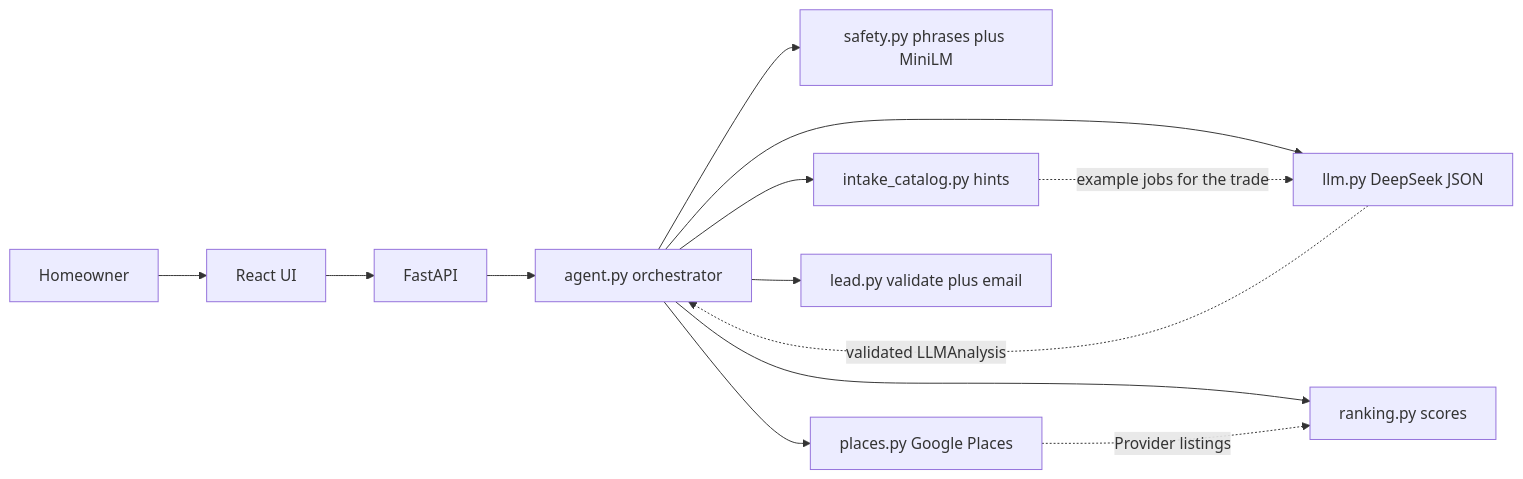
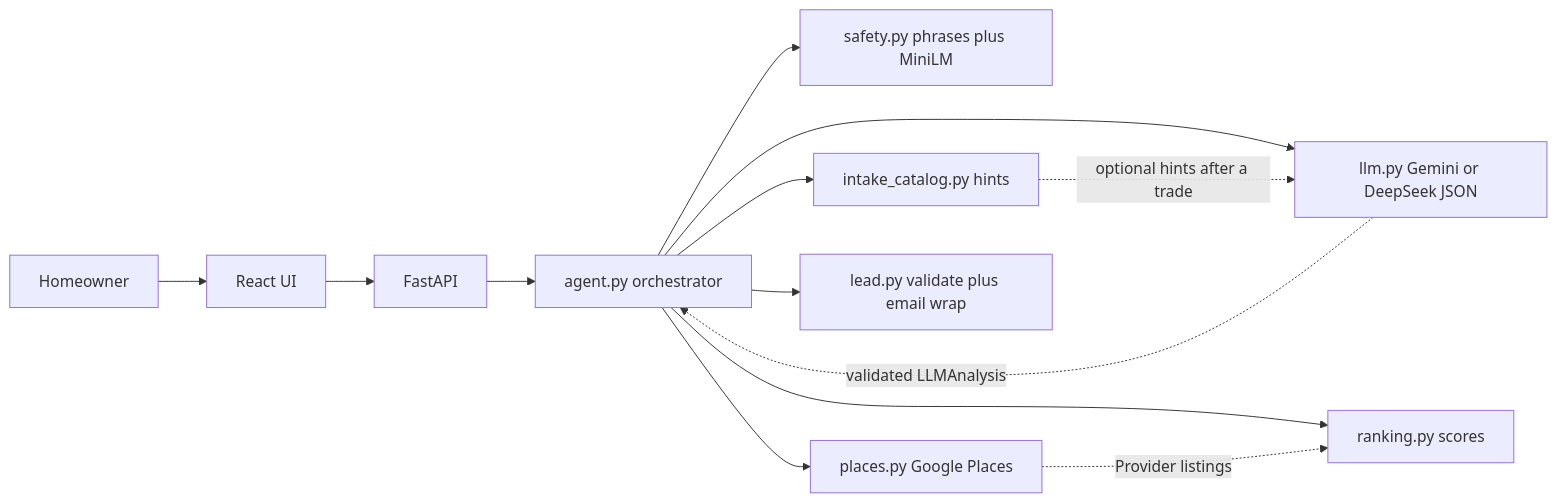
Before and after one commit to softwaresat/home-provider-agent: the diagram in README.md, drawn with Mermaid. The commit also changed other lines of this file, not shown here.

Commit message:
Document Gemini intake, the 911 hold, and drafting the email from the chat.

````diff
--- a/README.md
+++ b/README.md
@@ -86,15 +90,15 @@
 ```mermaid
 flowchart LR
   user[Homeowner] --> ui[React UI]
   ui --> api[FastAPI]
   api --> agent[agent.py orchestrator]
   agent --> safety[safety.py phrases plus MiniLM]
   agent --> catalog[intake_catalog.py hints]
-  agent --> llm[llm.py DeepSeek JSON]
+  agent --> llm[llm.py Gemini or DeepSeek JSON]
   agent --> places[places.py Google Places]
   agent --> rank[ranking.py scores]
-  agent --> lead[lead.py validate plus email]
-  catalog -.->|example jobs for the trade| llm
+  agent --> lead[lead.py validate plus email wrap]
+  catalog -.->|optional hints after a trade| llm
   llm -.->|validated LLMAnalysis| agent
   places -.->|Provider listings| rank
 ```
````
